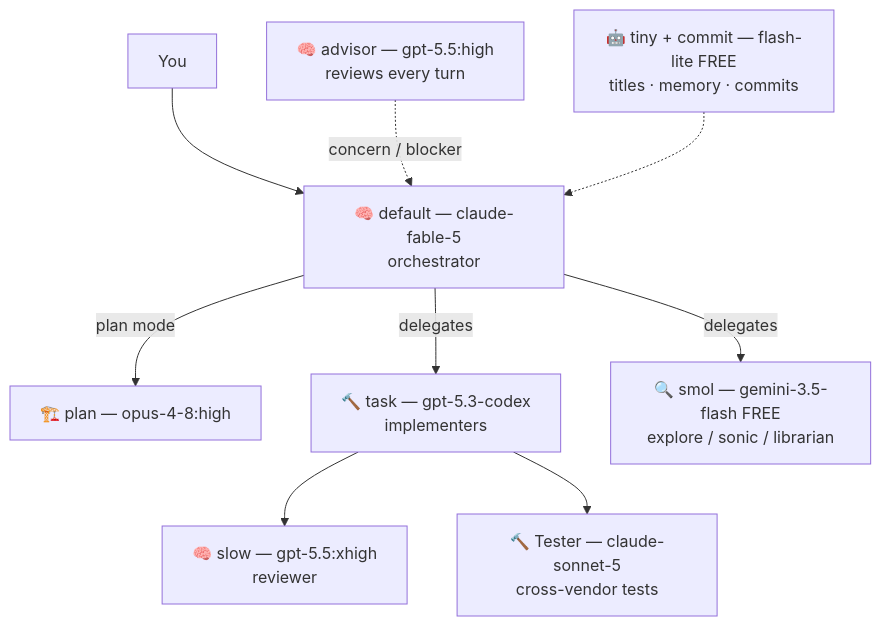
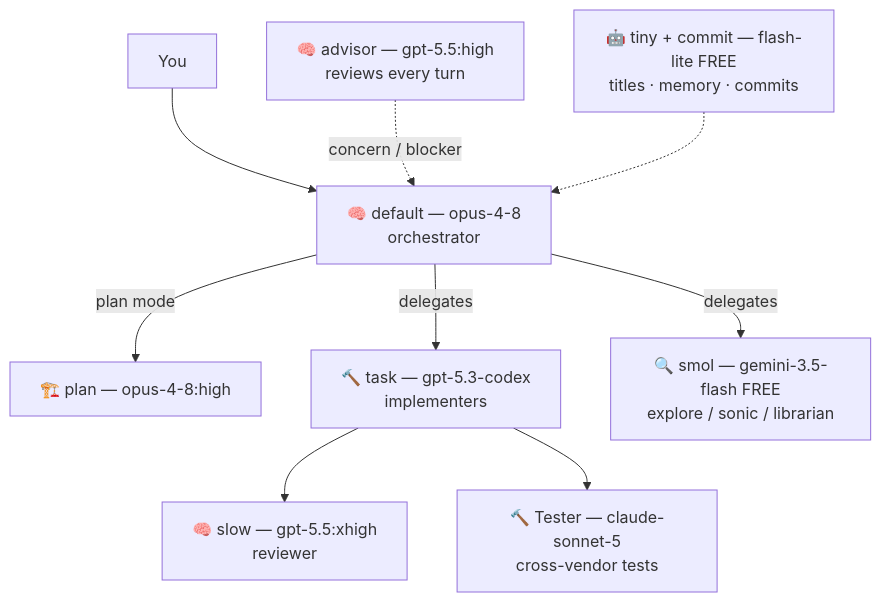
The diagram in README.md (rockclaver/omp-orchestra), drawn with Mermaid before and after one commit. The commit also changed other lines of this file and 2 other files, not shown here.

Commit message:
Switch default orchestrator to Opus 4.8 (GPT-5.5 fallback)
- modelRoles.default: claude-fable-5 -> "anthropic/claude-opus-4-8, openai-codex/gpt-5.5"
  availability list degrades to GPT-5.5 if Anthropic login is absent
- retry.fallbackChains.default: lead with GPT-5.5 (Opus is now primary, not a
  fallback), then sonnet-5 -> gpt-5.4 -> free Antigravity Claude -> DeepSeek
- README table + mermaid updated to match

````diff
--- a/README.md
+++ b/README.md
@@ -30,11 +30,11 @@
 ```mermaid
 flowchart TD
-    U[You] --> O["🧠 default — claude-fable-5<br/>orchestrator"]
+    U[You] --> O["🧠 default — opus-4-8<br/>orchestrator"]
     O -->|plan mode| P["🏗️ plan — opus-4-8:high"]
     O -->|delegates| T["🔨 task — gpt-5.3-codex<br/>implementers"]
     O -->|delegates| S["🔍 smol — gemini-3.5-flash FREE<br/>explore / sonic / librarian"]
     T --> R["🧠 slow — gpt-5.5:xhigh<br/>reviewer"]
     T --> TE["🔨 Tester — claude-sonnet-5<br/>cross-vendor tests"]
     A["🧠 advisor — gpt-5.5:high<br/>reviews every turn"] -.->|concern / blocker| O
     B["🤖 tiny + commit — flash-lite FREE<br/>titles · memory · commits"] -.-> O
 ```
````
